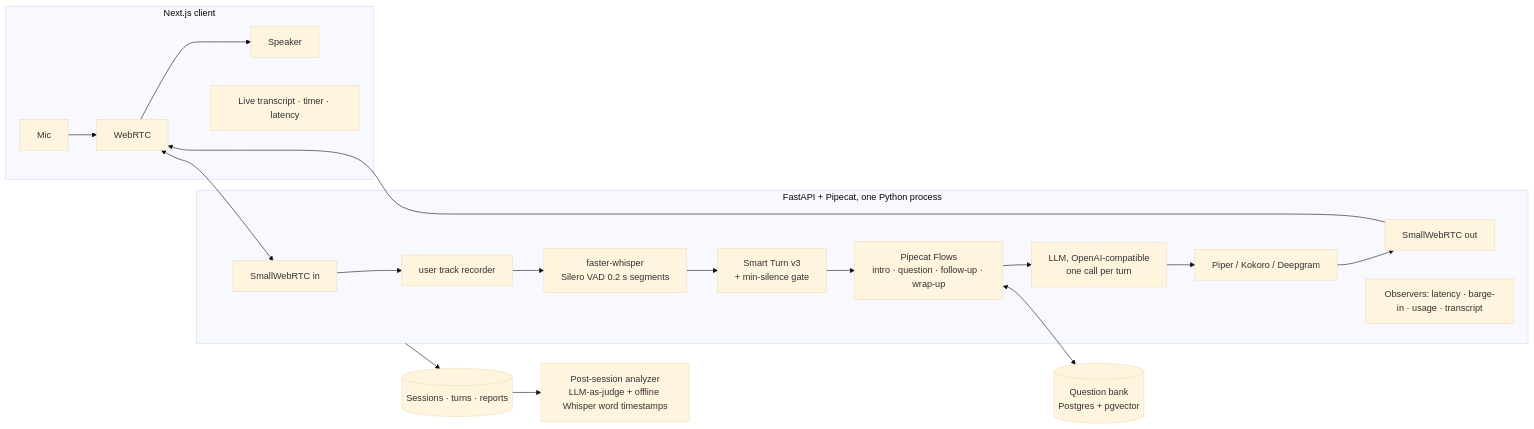
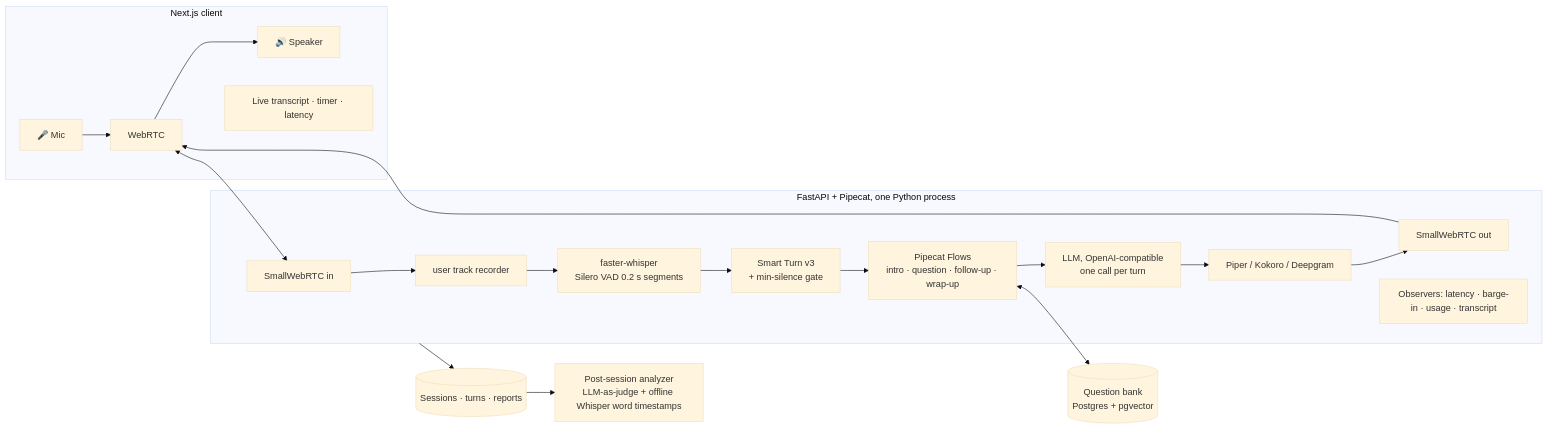
Before and after one commit to snikookar/interview-voice-coach: the first of 5 diagrams in README.md, drawn with Mermaid (base theme). The commit also changed other lines of this file and 4 other files, not shown here.

Commit message:
docs: richer README with turn sequence, flow and question-bank diagrams; latency distribution, latency journey and filler accuracy charts

````diff
--- a/README.md
+++ b/README.md
@@ -40,23 +78,23 @@
 ```mermaid
 flowchart LR
     subgraph Browser [Next.js client]
-      MIC[Mic] --> RTC[WebRTC]
-      RTC --> SPK[Speaker]
+      MIC[🎤 Mic] --> RTC[WebRTC]
+      RTC --> SPK[🔊 Speaker]
       UI[Live transcript · timer · latency]
     end
     subgraph Server [FastAPI + Pipecat, one Python process]
       IN[SmallWebRTC in] --> REC1[user track recorder]
       REC1 --> STT[faster-whisper<br/>Silero VAD 0.2 s segments]
       STT --> TURN[Smart Turn v3<br/>+ min-silence gate]
       TURN --> FLOW[Pipecat Flows<br/>intro · question · follow-up · wrap-up]
       FLOW --> LLM[LLM, OpenAI-compatible<br/>one call per turn]
       LLM --> TTS[Piper / Kokoro / Deepgram]
       TTS --> OUT[SmallWebRTC out]
       OBS[Observers: latency · barge-in · usage · transcript]
     end
     RTC <--> IN
     OUT --> RTC
     FLOW <--> QB[(Question bank<br/>Postgres + pgvector)]
     Server --> DB[(Sessions · turns · reports)]
     DB --> AN[Post-session analyzer<br/>LLM-as-judge + offline Whisper word timestamps]
 ```
````
